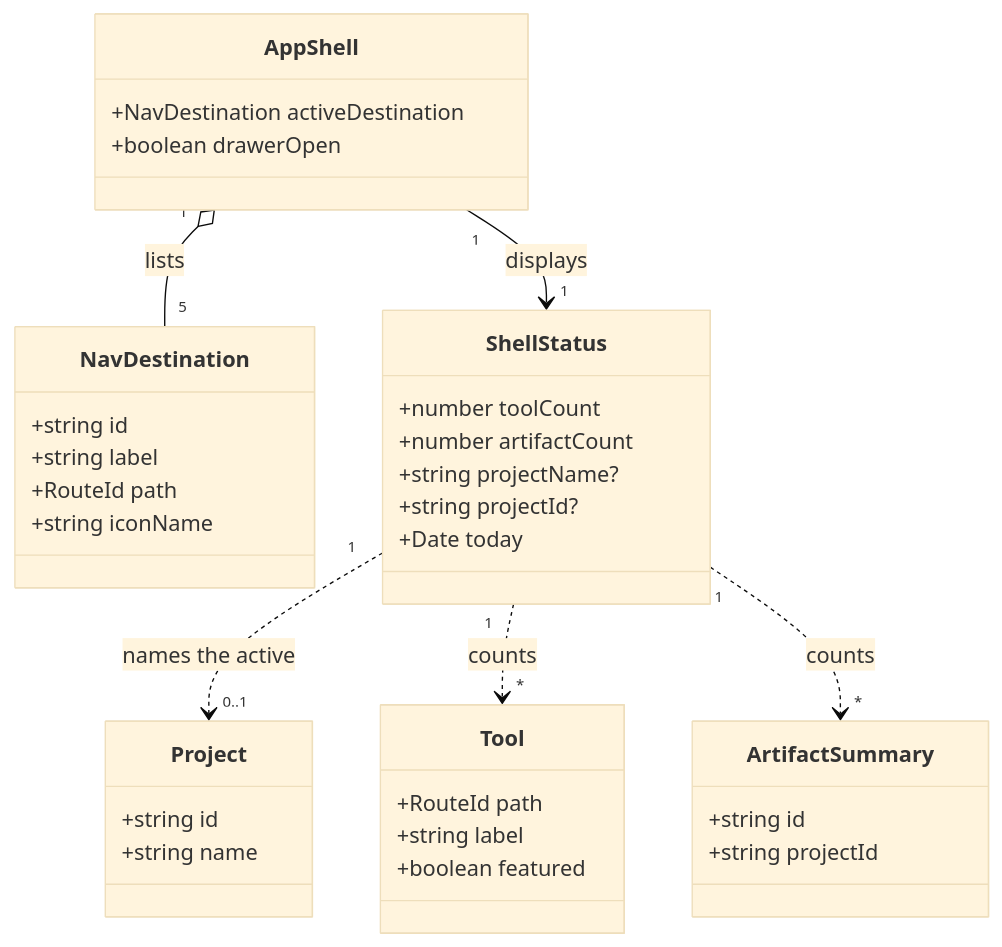
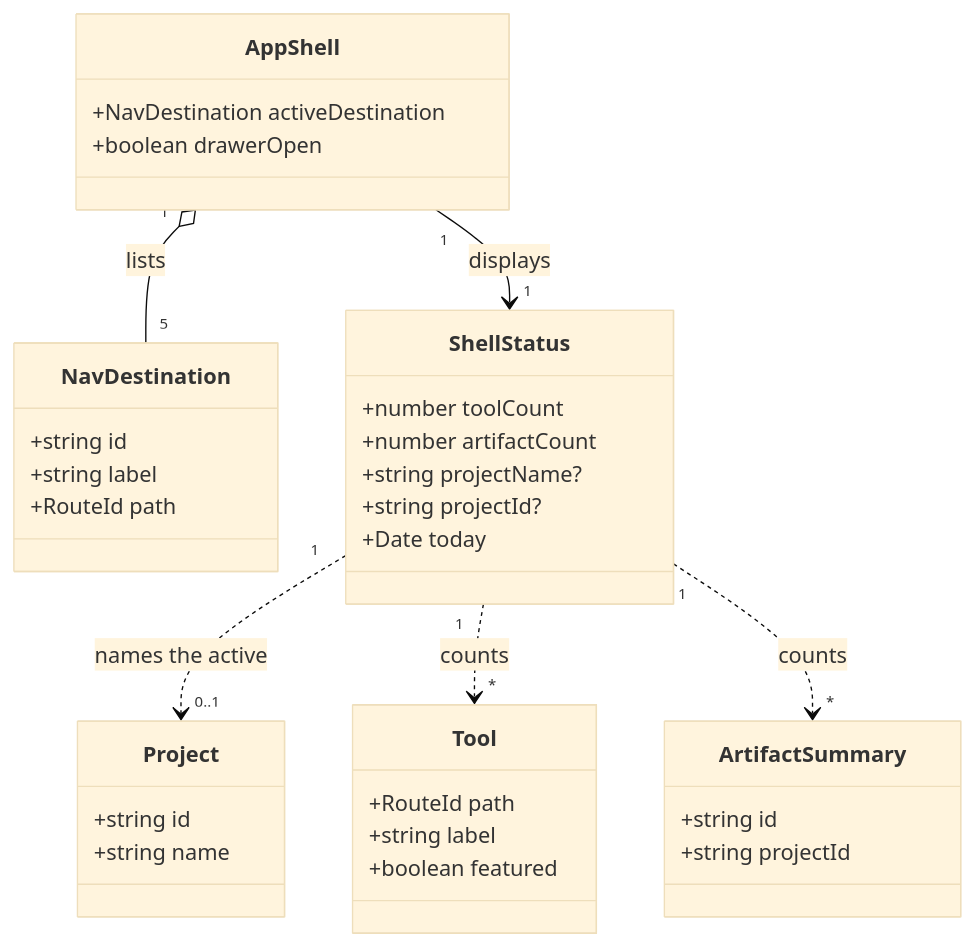
The first of 3 diagrams in docs/app-shell.md (ironarachne/ironarachne), drawn with Mermaid (base theme) before and after one commit. The commit also changed other lines of this file, not shown here.

````diff
--- a/docs/app-shell.md
+++ b/docs/app-shell.md
@@ -232,39 +238,38 @@
 ```mermaid
 classDiagram
     class NavDestination {
         +string id
         +string label
         +RouteId path
-        +string iconName
     }
     class ShellStatus {
         +number toolCount
         +number artifactCount
         +string projectName?
         +string projectId?
         +Date today
     }
     class AppShell {
         +NavDestination activeDestination
         +boolean drawerOpen
     }
     class Project {
         +string id
         +string name
     }
     class Tool {
         +RouteId path
         +string label
         +boolean featured
     }
     class ArtifactSummary {
         +string id
         +string projectId
     }
 
     AppShell "1" o-- "5" NavDestination : lists
     AppShell "1" --> "1" ShellStatus : displays
     ShellStatus "1" ..> "0..1" Project : names the active
     ShellStatus "1" ..> "*" Tool : counts
     ShellStatus "1" ..> "*" ArtifactSummary : counts
 ```
````
